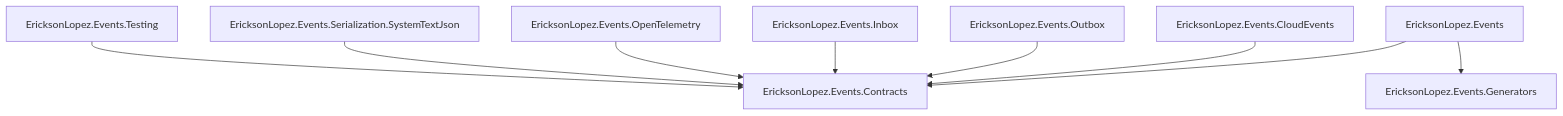
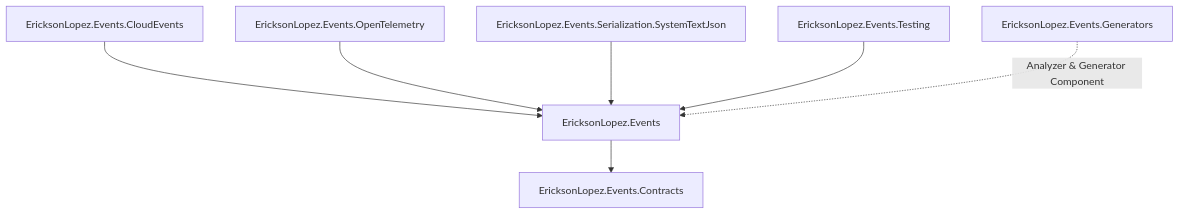
One commit to ericksonlopezf/dotnet-events changed the diagram in docs/package-reference.md. Above: the diagram before and after it, drawn with Mermaid. The commit also changed other lines of this file and 342 other files, not shown here.

````diff
--- a/docs/package-reference.md
+++ b/docs/package-reference.md
@@ -7,21 +7,17 @@
 ```mermaid
 graph TD
     Contracts[EricksonLopez.Events.Contracts]
     Core[EricksonLopez.Events]
     CloudEvents[EricksonLopez.Events.CloudEvents]
-    Outbox[EricksonLopez.Events.Outbox]
-    Inbox[EricksonLopez.Events.Inbox]
     OpenTelemetry[EricksonLopez.Events.OpenTelemetry]
     Serialization[EricksonLopez.Events.Serialization.SystemTextJson]
     Generators[EricksonLopez.Events.Generators]
     Testing[EricksonLopez.Events.Testing]
 
     Core --> Contracts
-    CloudEvents --> Contracts
-    Outbox --> Contracts
-    Inbox --> Contracts
-    OpenTelemetry --> Contracts
-    Serialization --> Contracts
-    Testing --> Contracts
-    Core --> Generators
+    CloudEvents --> Core
+    OpenTelemetry --> Core
+    Serialization --> Core
+    Testing --> Core
+    Generators -.->|Analyzer & Generator Component| Core
 ```
````
